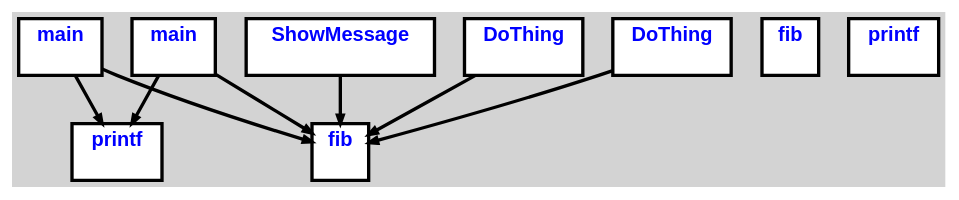
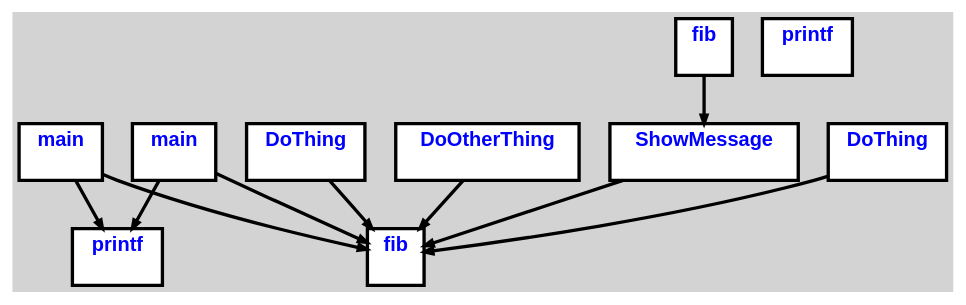
Before and after one commit to aveen007/CountingMonkeys: the diagram in cpoCompilerWin/CG.all.dot, drawn with Graphviz. The commit also changed 18 other files, not shown here.

```diff
--- a/cpoCompilerWin/CG.all.dot
+++ b/cpoCompilerWin/CG.all.dot
@@ -1,24 +1,27 @@
 digraph G {
 ordering=out;
 ranksep=.4;
 bgcolor="lightgrey";  node [shape=box, fixedsize=false, fontsize=12, fontname="Helvetica-bold", fontcolor="blue"
 width=.25, height=.25, color="black", fillcolor="white", style="filled, solid, bold"];
 
 edge [arrowsize=.5, color="black", style="bold"]
-    n000011E17F421E20 [label="fib\n "]
-    n000011E17F422240 [label="printf\n "]
-    n000011E17F4224E0 [label="main\n "]
-    n000011E17F4224E0 -> n000011E17F422240
-    n000011E17F4224E0 -> n000011E17F421E20
-    n000011E17F422B40 [label="ShowMessage\n "]
-    n000011E17F422B40 -> n000011E17F421E20
-    n000011E17F422F00 [label="DoThing\n "]
-    n000011E17F422F00 -> n000011E17F421E20
-    n000011E17F423320 [label="DoThing\n "]
-    n000011E17F423320 -> n000011E17F421E20
-    n000011E17F423620 [label="fib\n "]
-    n000011E17F423DA0 [label="printf\n "]
-    n000011E17F425240 [label="main\n "]
-    n000011E17F425240 -> n000011E17F422240
-    n000011E17F425240 -> n000011E17F421E20
+    n00001287F19A1EE0 [label="fib\n "]
+    n00001287F19A2300 [label="printf\n "]
+    n00001287F19A25A0 [label="main\n "]
+    n00001287F19A25A0 -> n00001287F19A2300
+    n00001287F19A25A0 -> n00001287F19A1EE0
+    n00001287F19A2C00 [label="ShowMessage\n "]
+    n00001287F19A2C00 -> n00001287F19A1EE0
+    n00001287F19A2FC0 [label="DoThing\n "]
+    n00001287F19A2FC0 -> n00001287F19A1EE0
+    n00001287F19A33E0 [label="DoThing\n "]
+    n00001287F19A33E0 -> n00001287F19A1EE0
+    n00001287F19A3740 [label="DoOtherThing\n "]
+    n00001287F19A3740 -> n00001287F19A1EE0
+    n00001287F19A3B00 [label="fib\n "]
+    n00001287F19A3B00 -> n00001287F19A2C00
+    n00001287F19A45E0 [label="printf\n "]
+    n00001287F19A5A80 [label="main\n "]
+    n00001287F19A5A80 -> n00001287F19A2300
+    n00001287F19A5A80 -> n00001287F19A1EE0
 }
```
